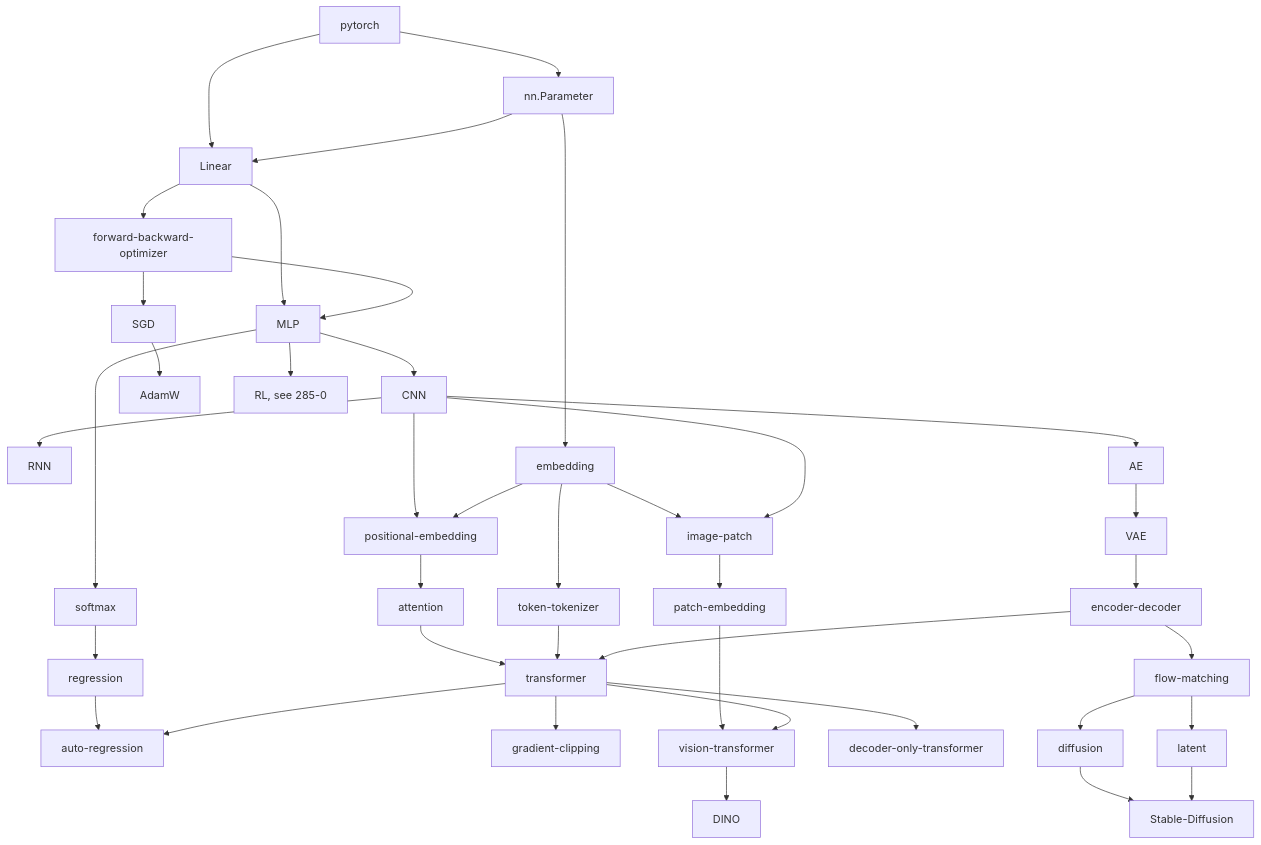
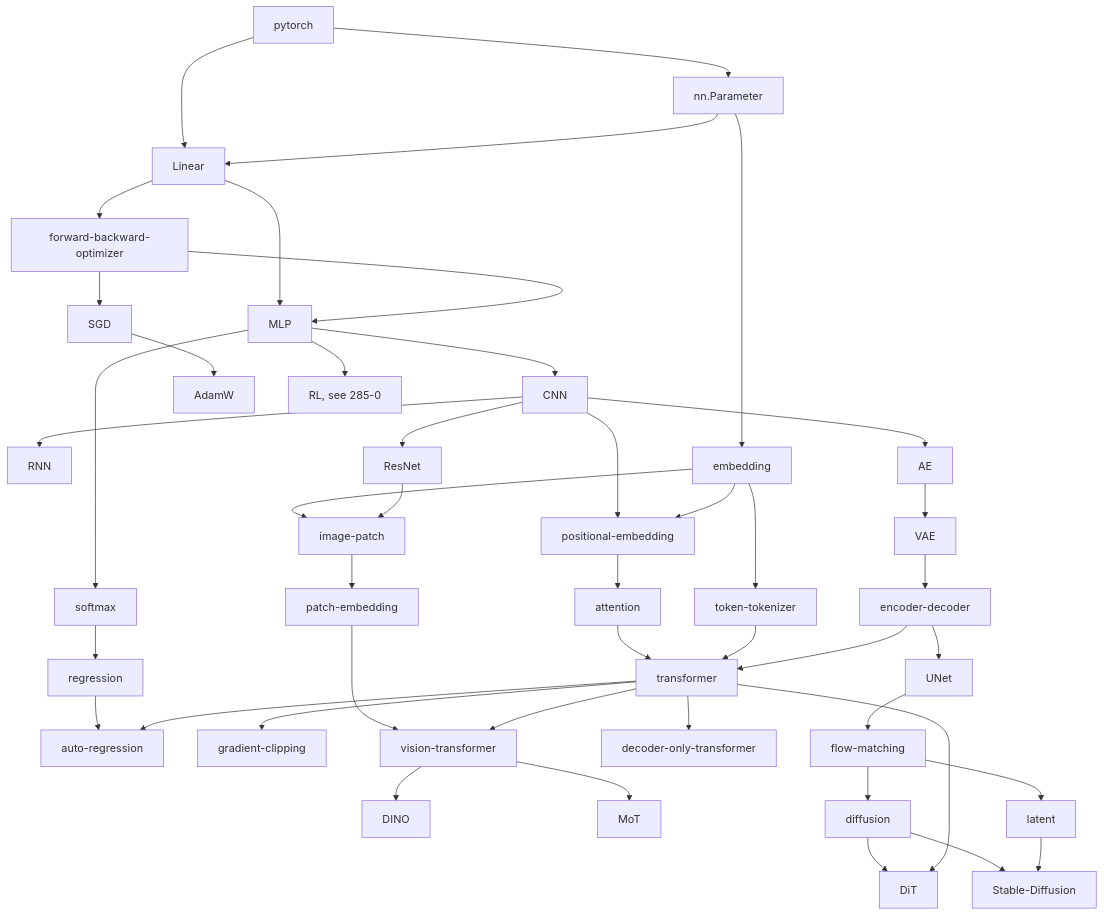
One commit to julyfun/how-to changed the first of 3 diagrams in 26/09/lets-establish-a-common-language.md. Above: the diagram before and after it, drawn with Mermaid. The commit also changed other lines of this file, not shown here.

````diff
--- a/26/09/lets-establish-a-common-language.md
+++ b/26/09/lets-establish-a-common-language.md
@@ -11,19 +13,20 @@
 ```mermaid
 flowchart TD
   pytorch --> Linear --> MLP --> CNN --> RNN
   MLP --> softmax --> regression --> auto-regression
   Linear --> forward-backward-optimizer --> MLP & SGD
   SGD --> AdamW
   MLP --> RL[RL, see 285-0]
   transformer --> gradient-clipping
   nn.Parameter --> embedding --> image-patch
-  CNN --> image-patch --> patch-embedding --> vision-transformer
+  CNN --> ResNet --> image-patch --> patch-embedding --> vision-transformer
   pytorch --> nn.Parameter --> Linear
-  CNN & embedding --> positional-embedding --> attention --> transformer --> vision-transformer --> DINO
+  CNN & embedding --> positional-embedding --> attention --> transformer --> vision-transformer --> DINO & MoT
   embedding --> token-tokenizer --> transformer --> decoder-only-transformer
   encoder-decoder --> transformer
   transformer --> auto-regression
-  CNN --> AE --> VAE --> encoder-decoder --> flow-matching --> diffusion
+  diffusion & transformer --> DiT
+  CNN --> AE --> VAE --> encoder-decoder --> UNet --> flow-matching --> diffusion
   flow-matching --> latent
   diffusion & latent --> Stable-Diffusion
 ```
````
